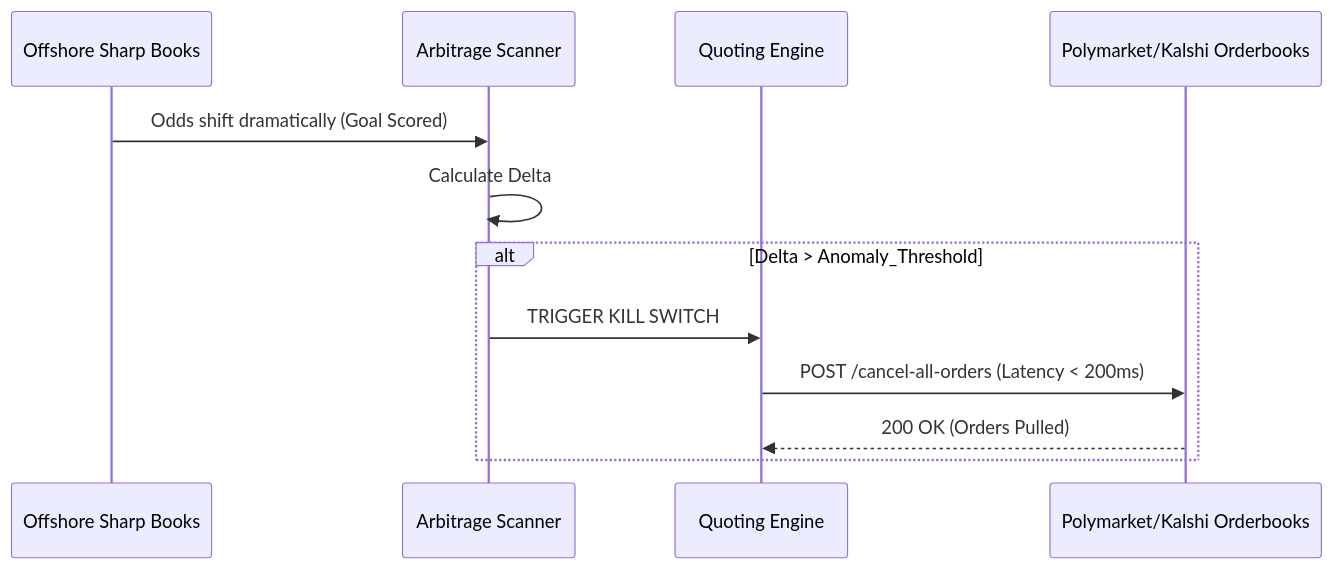
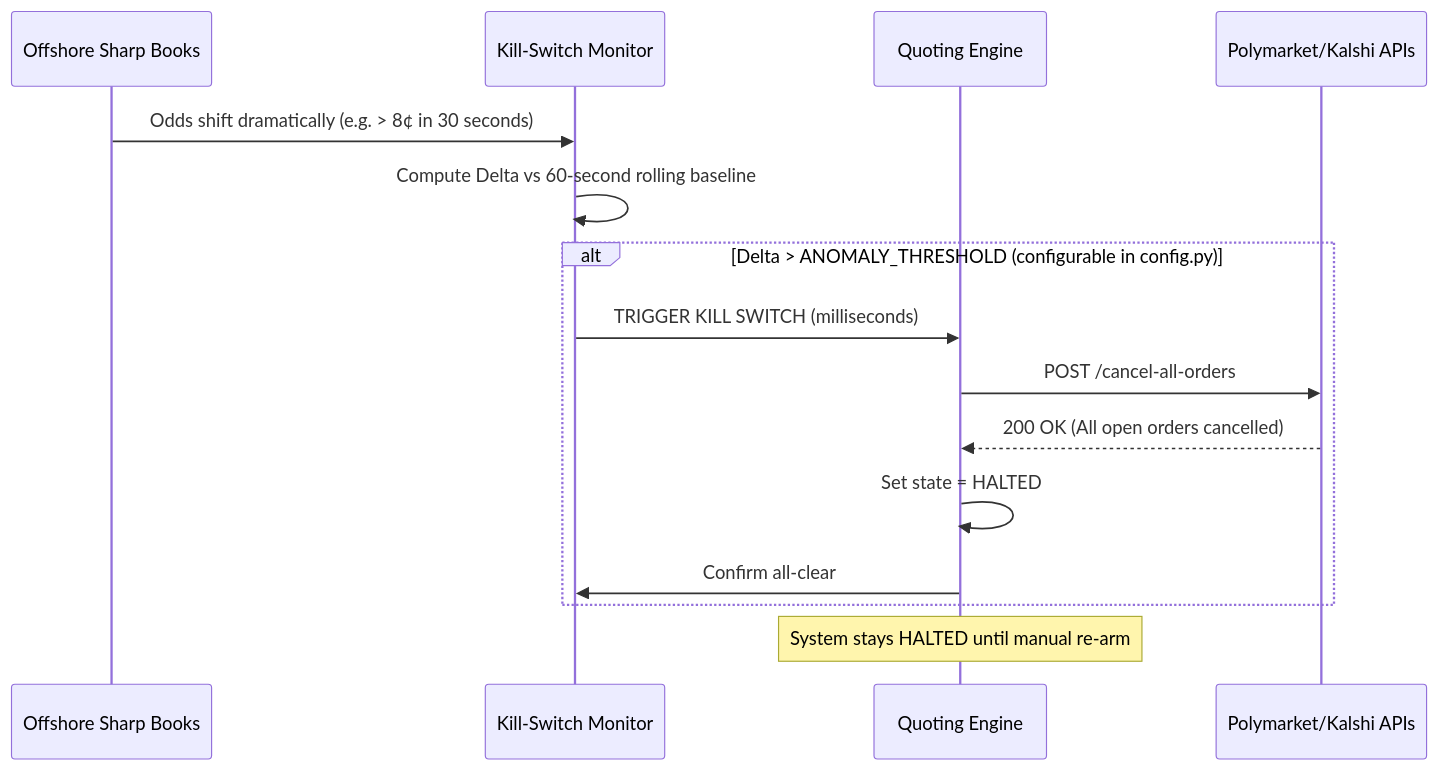
Before and after one commit to shreejitverma/wc2026-quant-prediction-system: the second of 2 diagrams in docs/runbook.md, drawn with Mermaid. The commit also changed other lines of this file and 8 other files, not shown here.

````diff
--- a/docs/runbook.md
+++ b/docs/runbook.md
@@ -113,15 +205,18 @@
 ```mermaid
 sequenceDiagram
     participant OS as Offshore Sharp Books
-    participant Arb as Arbitrage Scanner
+    participant Arb as Kill-Switch Monitor
     participant QE as Quoting Engine
-    participant Poly as Polymarket/Kalshi Orderbooks
+    participant Poly as Polymarket/Kalshi APIs
 
-    OS->>Arb: Odds shift dramatically (Goal Scored)
-    Arb->>Arb: Calculate Delta
-    alt Delta > Anomaly_Threshold
-        Arb->>QE: TRIGGER KILL SWITCH
-        QE->>Poly: POST /cancel-all-orders (Latency < 200ms)
-        Poly-->>QE: 200 OK (Orders Pulled)
+    OS->>Arb: Odds shift dramatically (e.g. > 8¢ in 30 seconds)
+    Arb->>Arb: Compute Delta vs 60-second rolling baseline
+    alt Delta > ANOMALY_THRESHOLD (configurable in config.py)
+        Arb->>QE: TRIGGER KILL SWITCH (milliseconds)
+        QE->>Poly: POST /cancel-all-orders
+        Poly-->>QE: 200 OK (All open orders cancelled)
+        QE->>QE: Set state = HALTED
+        QE->>Arb: Confirm all-clear
     end
+    Note over QE: System stays HALTED until manual re-arm
 ```
````
